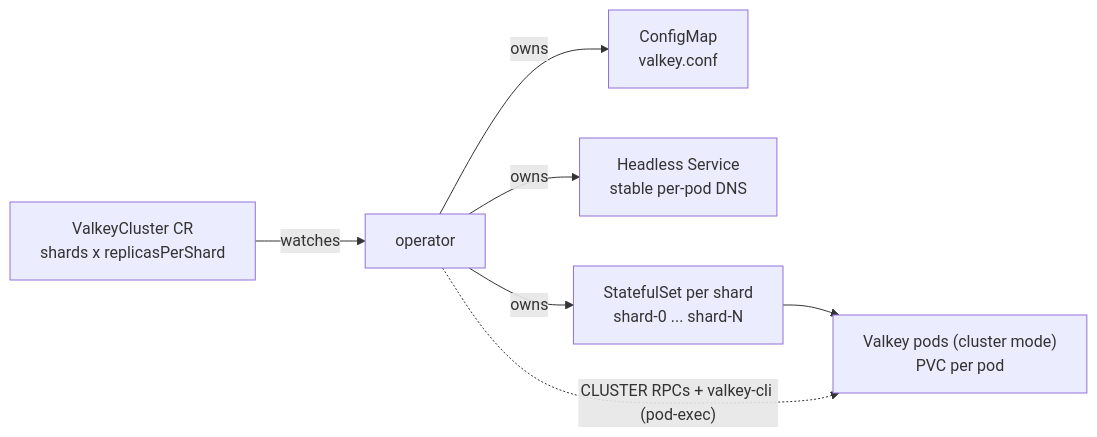
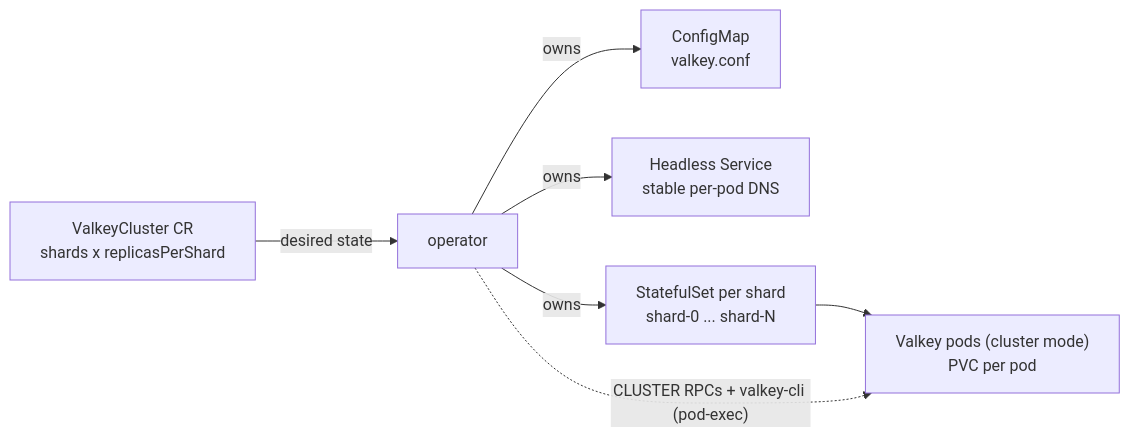
The diagram in docs/walkthrough.md (razkevich/valkeycluster-operator), drawn with Mermaid before and after one commit. The commit also changed 2 other files, not shown here.

Commit message:
docs: label CR->operator edge 'desired state' (the operator watches the CR, not vice versa)

````diff
--- a/docs/walkthrough.md
+++ b/docs/walkthrough.md
@@ -58,9 +58,9 @@
 ```mermaid
 flowchart LR
-  CR["ValkeyCluster CR<br/>shards x replicasPerShard"] -->|watches| OP["operator"]
+  CR["ValkeyCluster CR<br/>shards x replicasPerShard"] -->|desired state| OP["operator"]
   OP -->|owns| CM["ConfigMap<br/>valkey.conf"]
   OP -->|owns| SVC["Headless Service<br/>stable per-pod DNS"]
   OP -->|owns| STS["StatefulSet per shard<br/>shard-0 ... shard-N"]
   STS --> POD["Valkey pods (cluster mode)<br/>PVC per pod"]
   OP -.->|"CLUSTER RPCs + valkey-cli (pod-exec)"| POD
 ```
````
